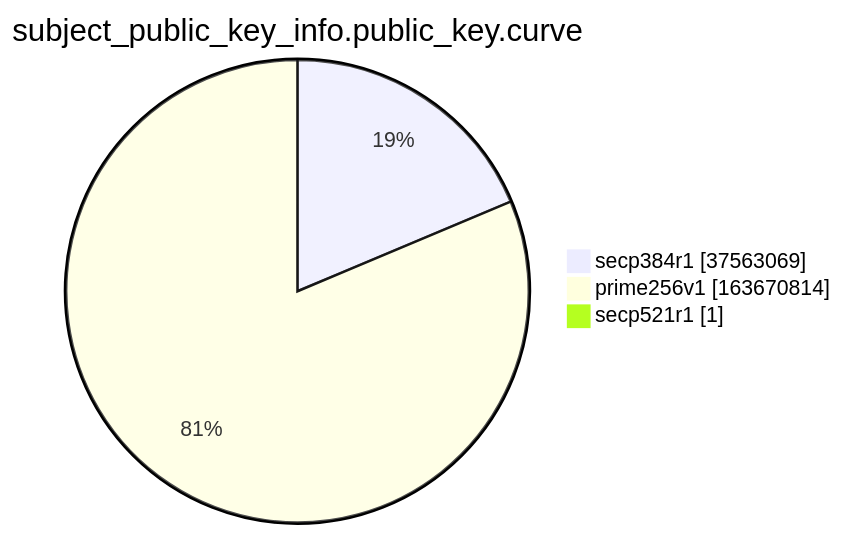
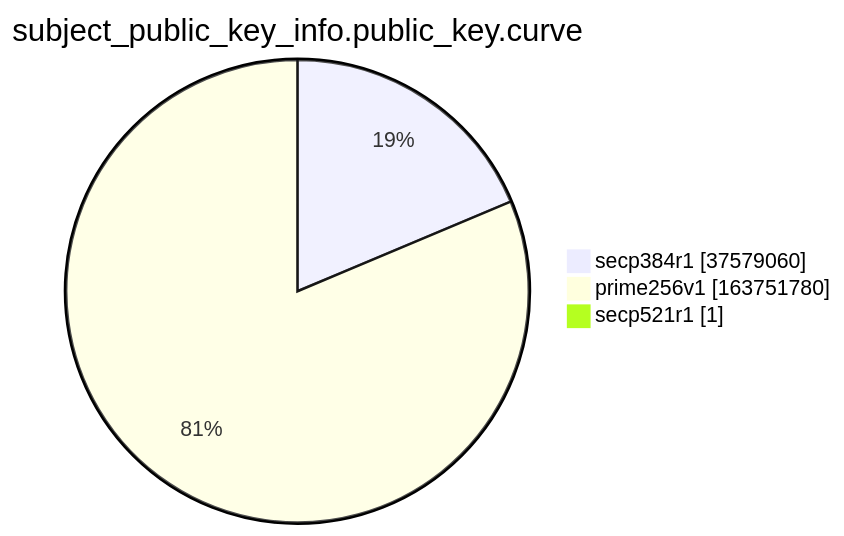
Before and after one commit to christiankrug/ctmonitor_visualization: the ninth of 15 diagrams in argon2022/README.md, drawn with Mermaid. The commit also changed other lines of this file, not shown here.

````diff
--- a/argon2022/README.md
+++ b/argon2022/README.md
@@ -2766,7 +2766,7 @@
 ```mermaid
 pie showData
 title subject_public_key_info.public_key.curve
-"secp384r1" :37563069
-"prime256v1" :163670814
+"secp384r1" :37579060
+"prime256v1" :163751780
 "secp521r1" :1
 ```
````
